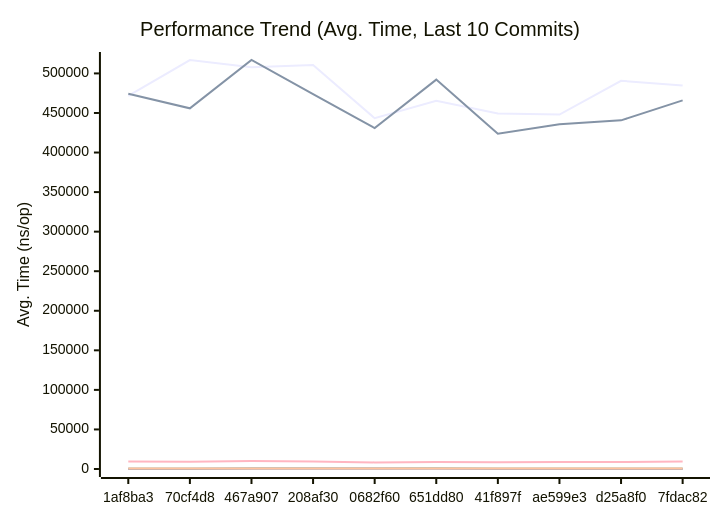
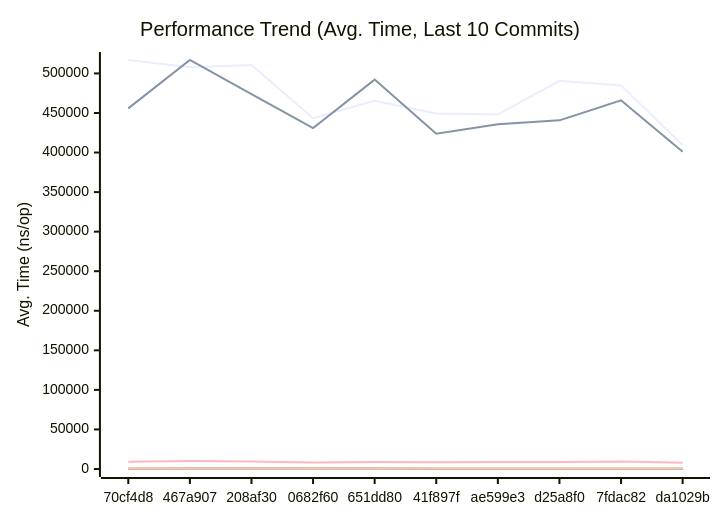
Before and after one commit to alsotoes/momo: the first of 3 diagrams in docs/PERFORMANCE.md, drawn with Mermaid. The commit also changed other lines of this file and 3 other files, not shown here.

````diff
--- a/docs/PERFORMANCE.md
+++ b/docs/PERFORMANCE.md
@@ -145,20 +144,20 @@
 ```mermaid
 xychart-beta
     title "Performance Trend (Avg. Time, Last 10 Commits)"
     x-axis "Commit"
     y-axis "Avg. Time (ns/op)"
-    x-axis [1af8ba3,70cf4d8,467a907,208af30,0682f60,651dd80,41f897f,ae599e3,d25a8f0,7fdac82]
-    line "AWSChunkedReaderSigned" [471486,516881,507945,510634,443312,465495,449386,448000,490719,484836]
-    line "AWSChunkedReaderUnsigned" [474357,455846,516953,473850,430915,492166,423737,435828,440689,465971]
-    line "CheckMetricsAndSwap" [8,10,11,10,9,8,8,9,8,10]
-    line "CrushOptimized" [350,364,346,377,292,388,386,330,354,427]
-    line "CrushOriginal" [458,474,505,535,424,557,423,425,439,459]
+    x-axis [70cf4d8,467a907,208af30,0682f60,651dd80,41f897f,ae599e3,d25a8f0,7fdac82,da1029b]
+    line "AWSChunkedReaderSigned" [516881,507945,510634,443312,465495,449386,448000,490719,484836,409335]
+    line "AWSChunkedReaderUnsigned" [455846,516953,473850,430915,492166,423737,435828,440689,465971,400921]
+    line "CheckMetricsAndSwap" [10,11,10,9,8,8,9,8,10,7]
+    line "CrushOptimized" [364,346,377,292,388,386,330,354,427,297]
+    line "CrushOriginal" [474,505,535,424,557,423,425,439,459,396]
     line "IndexDirectTracking" [0,0,0,0,0,0,0,0,0,0]
-    line "IndexSearch" [3,3,3,3,3,3,2,2,2,2]
-    line "LoadGlobalConfig" [9517,9076,10103,9520,8358,8807,8472,8919,8791,9473]
-    line "PadString" [44,45,50,50,38,50,47,41,47,46]
+    line "IndexSearch" [3,3,3,3,3,2,2,2,2,2]
+    line "LoadGlobalConfig" [9076,10103,9520,8358,8807,8472,8919,8791,9473,7743]
+    line "PadString" [45,50,50,38,50,47,41,47,46,38]
     line "ParseReplicationOrder_NoPrealloc" [350,349,357,354,345,225,229,165,232,234]
     line "ParseReplicationOrder_Prealloc" [229,231,237,234,229,108,107,80,110,109]
-    line "SanitizeLog/Safe" [474,429,578,516,490,475,259,236,446,421]
-    line "SanitizeLog/Unsafe" [580,718,732,656,551,638,691,701,564,628]
+    line "SanitizeLog/Safe" [429,578,516,490,475,259,236,446,421,213]
+    line "SanitizeLog/Unsafe" [718,732,656,551,638,691,701,564,628,658]
 ```
````
